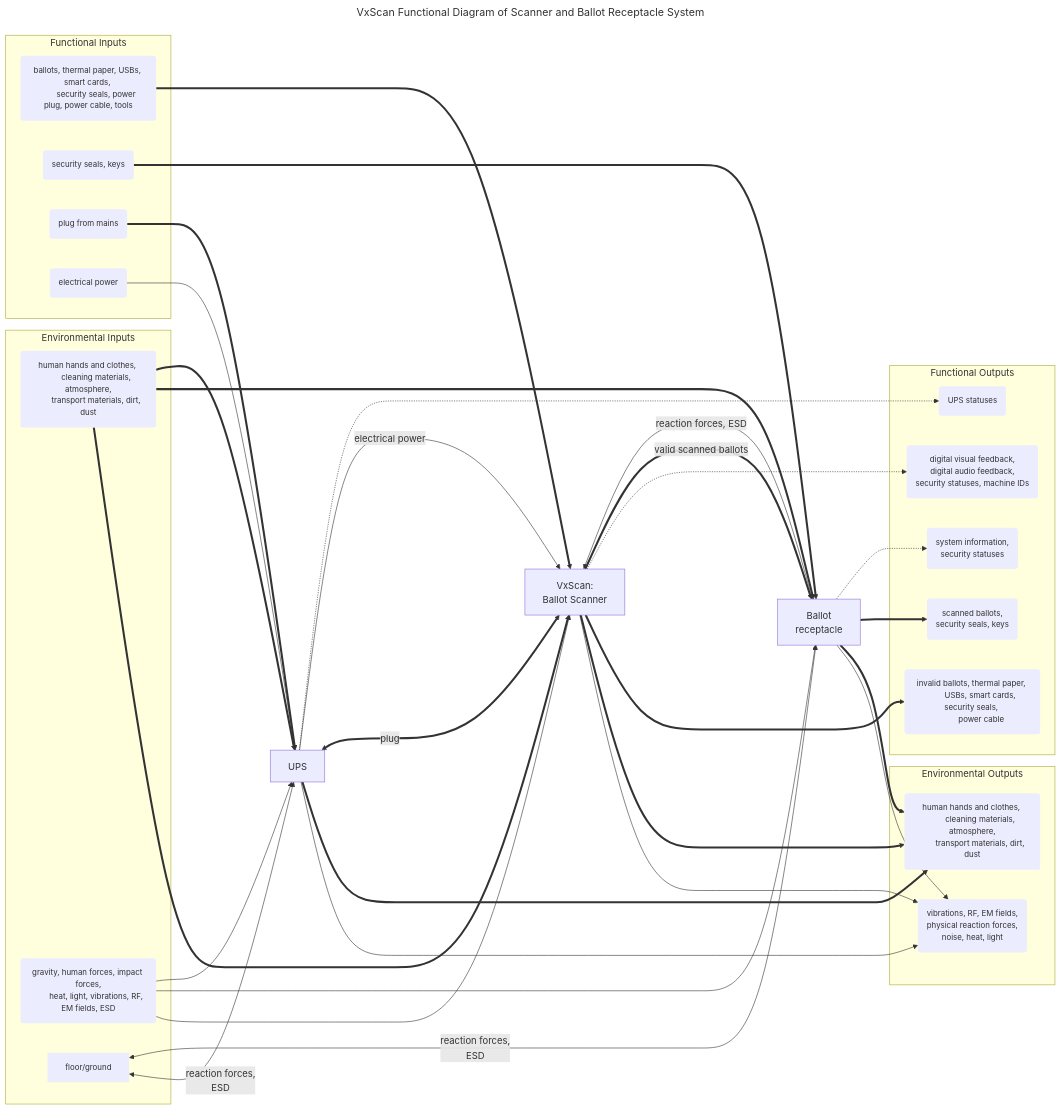
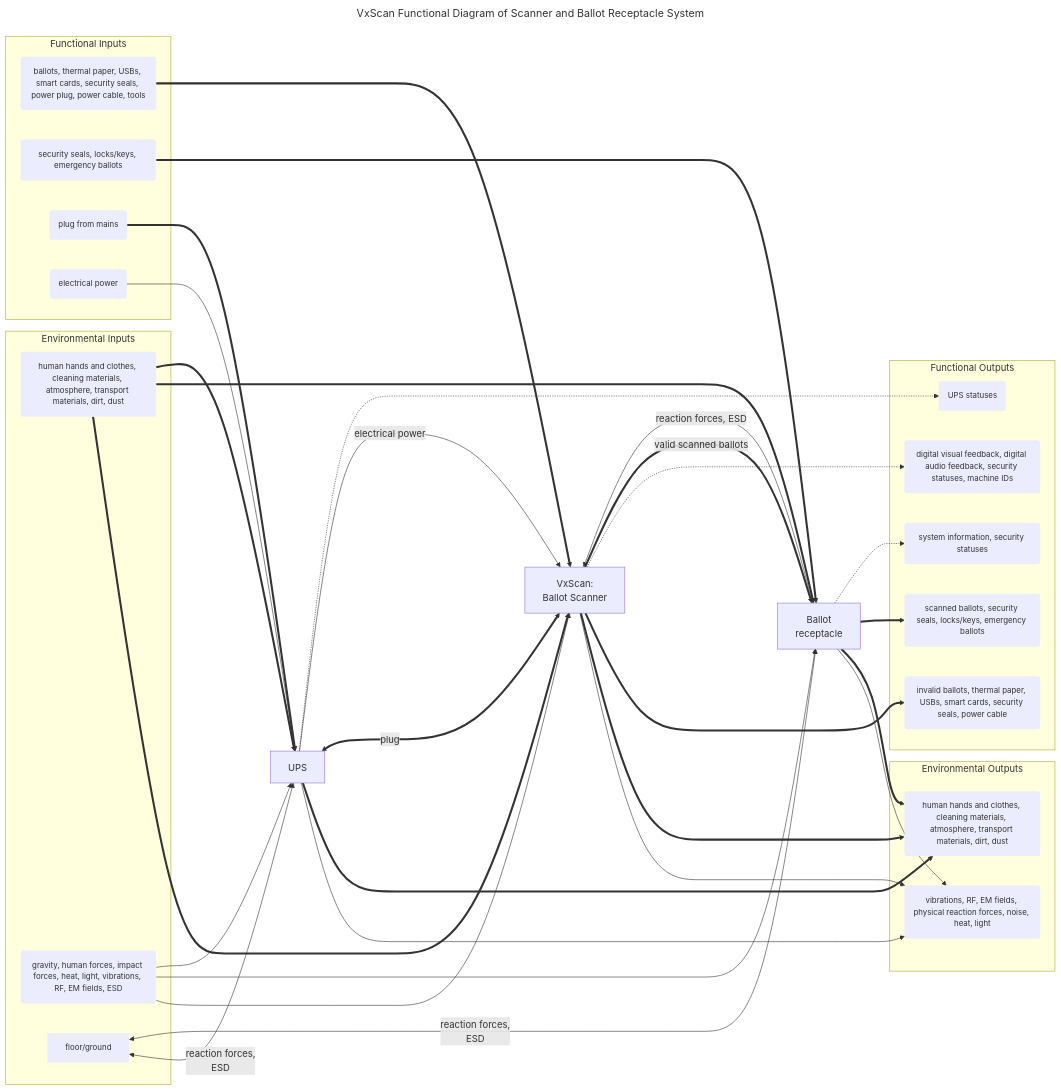
One commit to votingworks/functional-diagrams-hardware changed the diagram in vxscan/system-diagram-hardware-io.md. Above: the diagram before and after it, drawn with Mermaid. The commit also changed 2 other files, not shown here.

Commit message:
Add emergency ballot to ballot box I/O

```diff
--- a/vxscan/system-diagram-hardware-io.md
+++ b/vxscan/system-diagram-hardware-io.md
@@ -8,56 +8,42 @@
 flowchart LR
 
     scanner["VxScan: 
-        Ballot Scanner"]
+Ballot Scanner"]
     ballotReceptacle["Ballot 
-        receptacle"]
+receptacle"]
     ups["UPS"]
 
-    inputsMaterialsCommon("human hands and clothes, 
-        cleaning materials, atmosphere,
-        transport materials, dirt, dust")
+    inputsMaterialsCommon("human hands and clothes, cleaning materials, atmosphere, transport materials, dirt, dust")
     inputsMaterialsCommon ==> scanner & ballotReceptacle & ups
 
-    outputsEnergyCommon("vibrations, RF, EM fields, 
-        physical reaction forces, 
-        noise, heat, light")
+    outputsEnergyCommon("vibrations, RF, EM fields, physical reaction forces, noise, heat, light")
     scanner & ballotReceptacle & ups --> outputsEnergyCommon
 
-    outputsMaterialsCommon("human hands and clothes, 
-        cleaning materials, atmosphere,
-        transport materials, dirt, dust")
+    outputsMaterialsCommon("human hands and clothes, cleaning materials, atmosphere, transport materials, dirt, dust")
     scanner & ballotReceptacle & ups ==> outputsMaterialsCommon
 
-    inputsMaterialScanner("ballots, thermal paper, USBs, smart cards, 
-        security seals, power plug, power cable, tools")
+    inputsMaterialScanner("ballots, thermal paper, USBs, smart cards, security seals, power plug, power cable, tools")
     inputsMaterialScanner ===> scanner
 
-    inputsEnergyCommon("gravity, human forces, impact forces,
-        heat, light, vibrations, RF, EM fields, ESD")
+    inputsEnergyCommon("gravity, human forces, impact forces, heat, light, vibrations, RF, EM fields, ESD")
     inputsEnergyCommon --> scanner & ballotReceptacle & ups
 
-    outputsMaterialScanner("invalid ballots, thermal paper, 
-        USBs, smart cards, security seals, 
-        power cable")
+    outputsMaterialScanner("invalid ballots, thermal paper, USBs, smart cards, security seals, power cable")
     scanner ==> outputsMaterialScanner
 
-    outputsInformationScanner("digital visual feedback,
-        digital audio feedback,
-        security statuses, machine IDs")
+    outputsInformationScanner("digital visual feedback, digital audio feedback, security statuses, machine IDs")
     scanner -.-> outputsInformationScanner
 
     scanner ===> |"valid scanned ballots"|ballotReceptacle
     scanner <--> |"reaction forces, ESD"|ballotReceptacle
 
-    inputsMaterialsBallotReceptacle("security seals, keys")
+    inputsMaterialsBallotReceptacle("security seals, locks/keys, emergency ballots")
     inputsMaterialsBallotReceptacle ==> ballotReceptacle
 
-    outputsMaterialsBallotReceptacle("scanned ballots, 
-        security seals, keys")
+    outputsMaterialsBallotReceptacle("scanned ballots, security seals, locks/keys", emergency ballots)
     ballotReceptacle ==> outputsMaterialsBallotReceptacle
 
-    outputsInformationBallotReceptacle("system information, 
-        security statuses")
+    outputsInformationBallotReceptacle("system information, security statuses")
     ballotReceptacle -.-> outputsInformationBallotReceptacle
 
     ups <===> |"plug"|scanner
```
